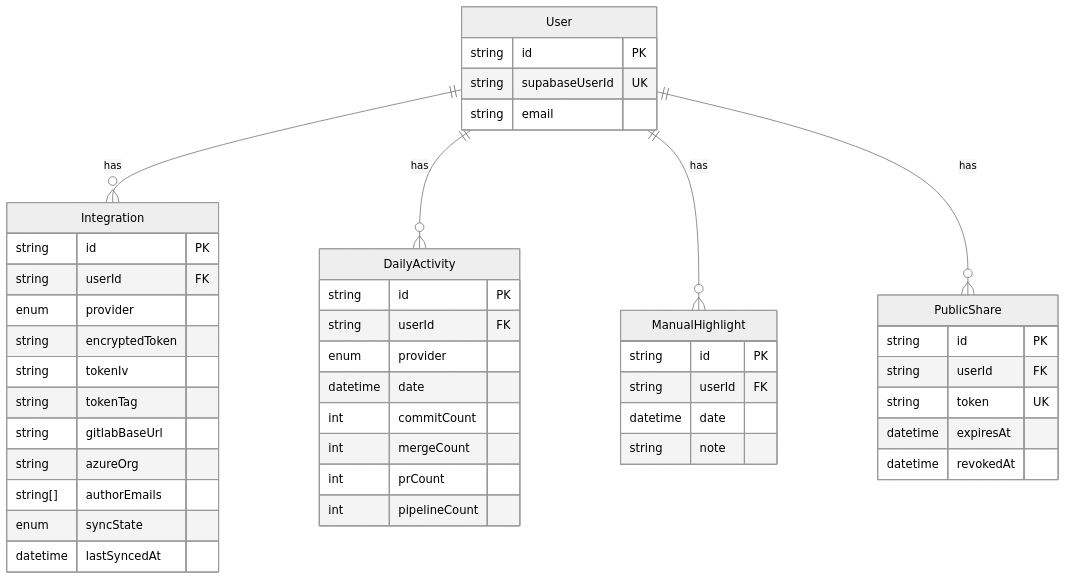
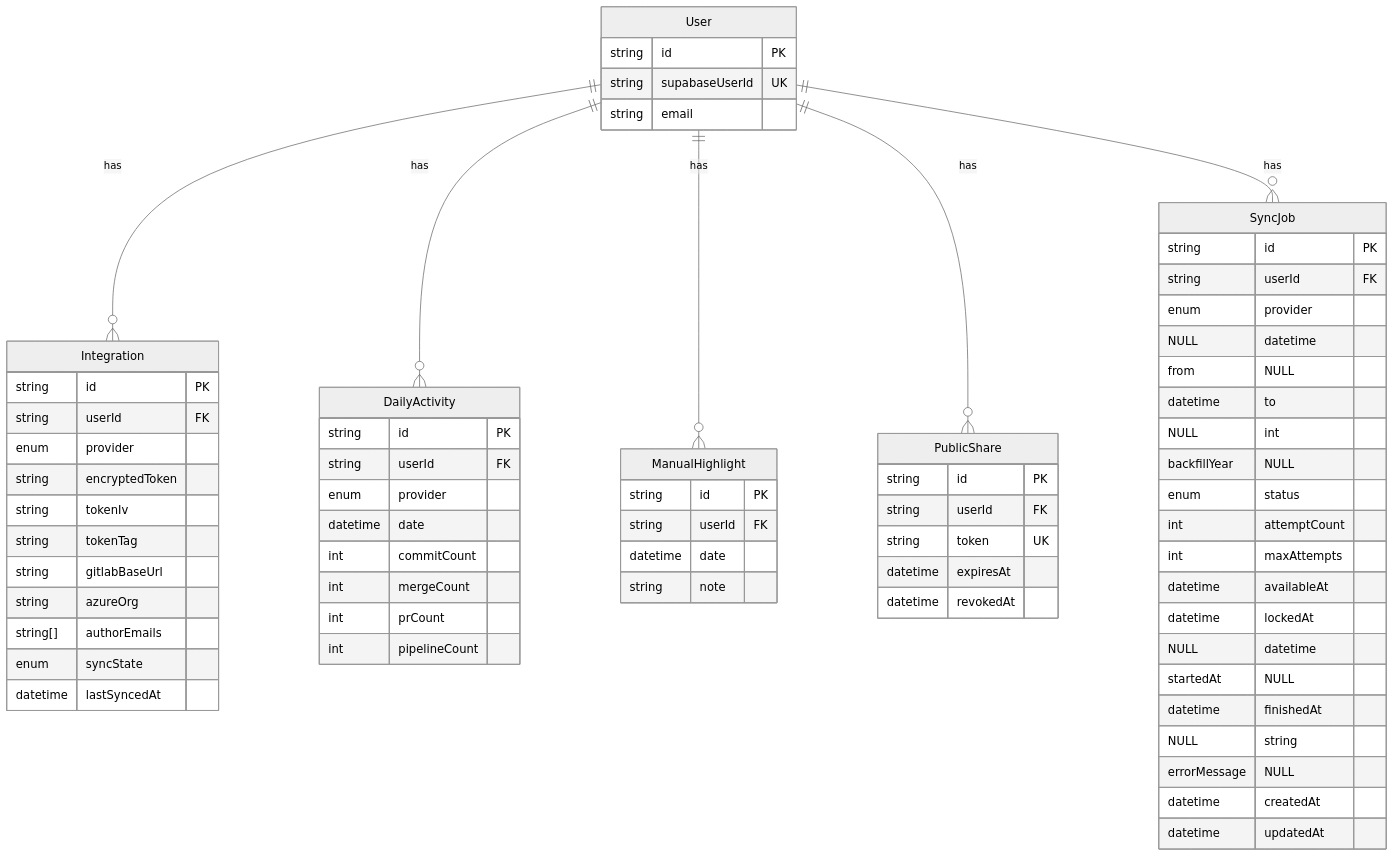
The third of 4 diagrams in README.md (fishdev20/contribution-pulse), drawn with Mermaid (neutral theme) before and after one commit. The commit also changed other lines of this file, not shown here.

````diff
--- a/README.md
+++ b/README.md
@@ -149,53 +149,73 @@
 ```mermaid
 erDiagram
   User ||--o{ Integration : has
   User ||--o{ DailyActivity : has
   User ||--o{ ManualHighlight : has
   User ||--o{ PublicShare : has
+  User ||--o{ SyncJob : has
 
   User {
     string id PK
     string supabaseUserId UK
     string email
   }
 
   Integration {
     string id PK
     string userId FK
     enum provider
     string encryptedToken
     string tokenIv
     string tokenTag
     string gitlabBaseUrl
     string azureOrg
     string[] authorEmails
     enum syncState
     datetime lastSyncedAt
   }
 
   DailyActivity {
     string id PK
     string userId FK
     enum provider
     datetime date
     int commitCount
     int mergeCount
     int prCount
     int pipelineCount
   }
 
   ManualHighlight {
     string id PK
     string userId FK
     datetime date
     string note
   }
 
   PublicShare {
     string id PK
     string userId FK
     string token UK
     datetime expiresAt
     datetime revokedAt
   }
+
+  SyncJob {
+    string id PK
+    string userId FK
+    enum provider NULL
+    datetime from NULL
+    datetime to NULL
+    int backfillYear NULL
+    enum status
+    int attemptCount
+    int maxAttempts
+    datetime availableAt
+    datetime lockedAt NULL
+    datetime startedAt NULL
+    datetime finishedAt NULL
+    string errorMessage NULL
+    datetime createdAt
+    datetime updatedAt
+  }
 ```
````
